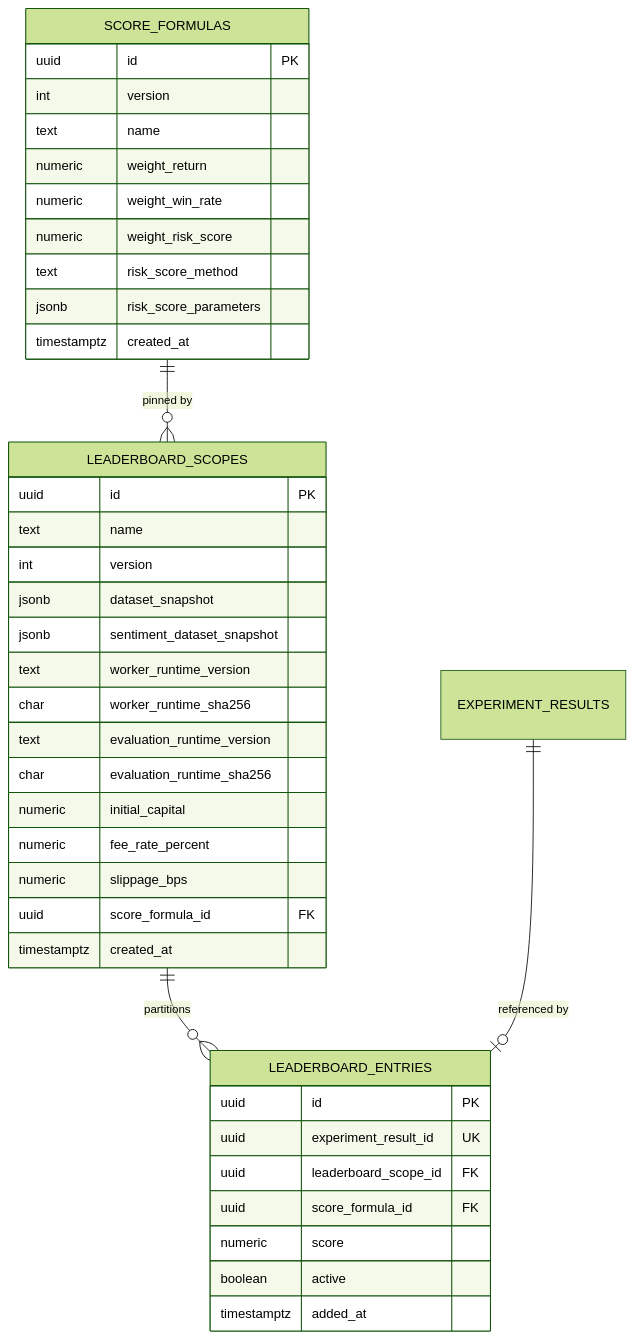
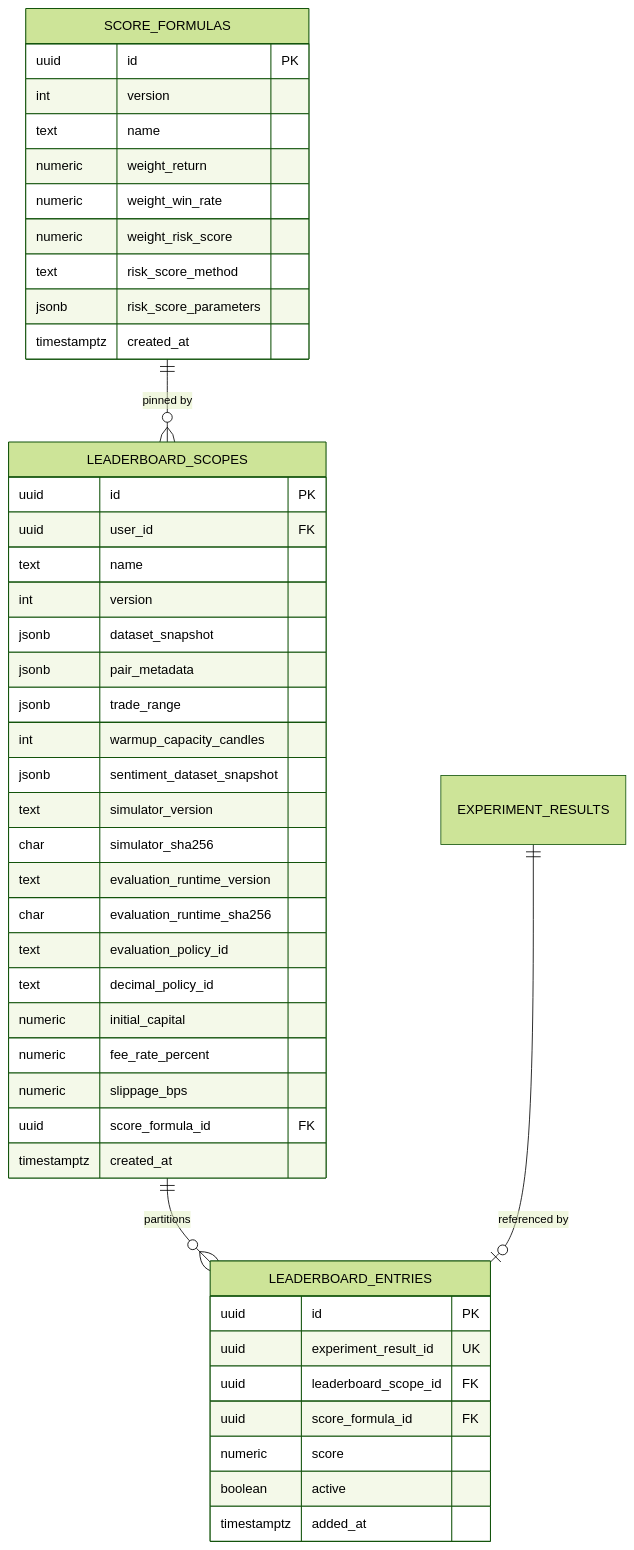
One commit to thanhdatttt/Cryptox changed the sixth of 7 diagrams in openspec/specs/ranking-spec.md. Above: the diagram before and after it, drawn with Mermaid (forest theme). The commit also changed other lines of this file and 11 other files, not shown here.

````diff
--- a/openspec/specs/ranking-spec.md
+++ b/openspec/specs/ranking-spec.md
@@ -488,45 +503,51 @@
 ```mermaid
 erDiagram
     LEADERBOARD_SCOPES ||--o{ LEADERBOARD_ENTRIES : "partitions"
     SCORE_FORMULAS ||--o{ LEADERBOARD_SCOPES : "pinned by"
     EXPERIMENT_RESULTS ||--o| LEADERBOARD_ENTRIES : "referenced by"
 
     SCORE_FORMULAS {
         uuid id PK
         int version
         text name
         numeric weight_return
         numeric weight_win_rate
         numeric weight_risk_score
         text risk_score_method
         jsonb risk_score_parameters
         timestamptz created_at
     }
 
     LEADERBOARD_SCOPES {
         uuid id PK
+        uuid user_id FK
         text name
         int version
         jsonb dataset_snapshot
+        jsonb pair_metadata
+        jsonb trade_range
+        int warmup_capacity_candles
         jsonb sentiment_dataset_snapshot
-        text worker_runtime_version
-        char worker_runtime_sha256
+        text simulator_version
+        char simulator_sha256
         text evaluation_runtime_version
         char evaluation_runtime_sha256
+        text evaluation_policy_id
+        text decimal_policy_id
         numeric initial_capital
         numeric fee_rate_percent
         numeric slippage_bps
         uuid score_formula_id FK
         timestamptz created_at
     }
 
     LEADERBOARD_ENTRIES {
         uuid id PK
         uuid experiment_result_id UK
         uuid leaderboard_scope_id FK
         uuid score_formula_id FK
         numeric score
         boolean active
         timestamptz added_at
     }
 ```
````
